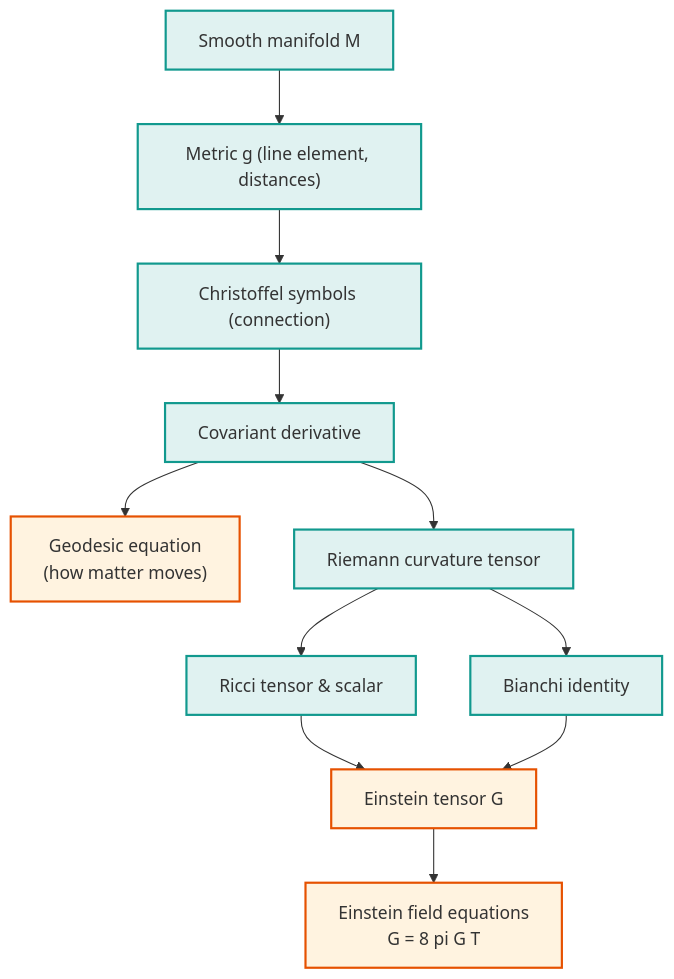
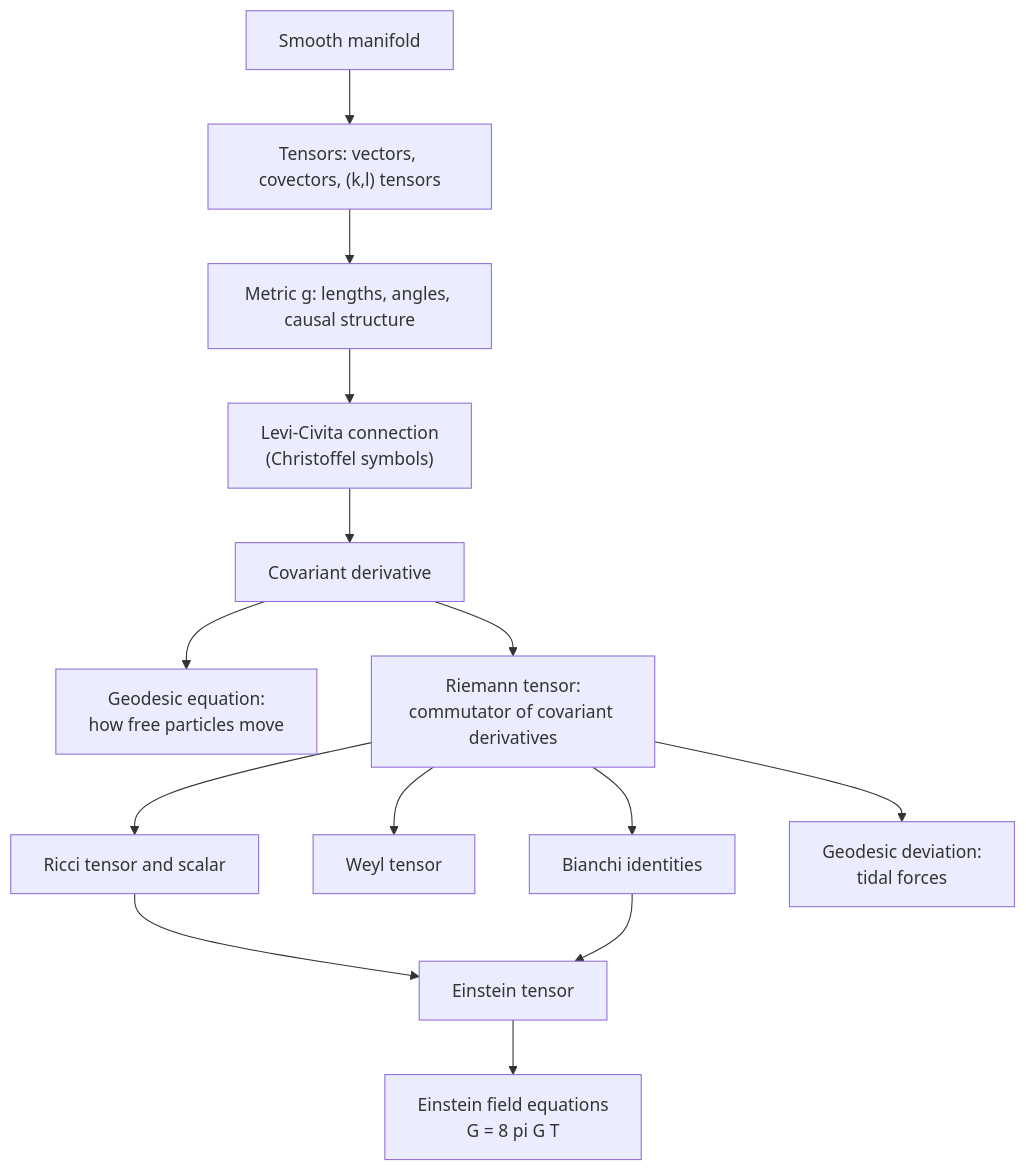
Before and after one commit to AndrewAltimit/Documentation: the diagram in github-pages/docs/physics/relativity/tensor-formalism.md, drawn with Mermaid. The commit also changed other lines of this file and 240 other files, not shown here.

````diff
--- a/github-pages/docs/physics/relativity/tensor-formalism.md
+++ b/github-pages/docs/physics/relativity/tensor-formalism.md
@@ -275,17 +24,16 @@
 ```mermaid
 graph TD
-    MAN["Smooth manifold M"] --> MET["Metric g (line element, distances)"]
-    MET --> CHR["Christoffel symbols (connection)"]
+    MAN["Smooth manifold"] --> TEN["Tensors: vectors, covectors, (k,l) tensors"]
+    TEN --> MET["Metric g: lengths, angles, causal structure"]
+    MET --> CHR["Levi-Civita connection<br/>(Christoffel symbols)"]
     CHR --> COV["Covariant derivative"]
-    COV --> GEO["Geodesic equation<br/>(how matter moves)"]
-    COV --> RIE["Riemann curvature tensor"]
-    RIE --> RIC["Ricci tensor & scalar"]
-    RIE --> BIA["Bianchi identity"]
-    RIC --> EIN["Einstein tensor G"]
+    COV --> GEO["Geodesic equation:<br/>how free particles move"]
+    COV --> RIE["Riemann tensor:<br/>commutator of covariant derivatives"]
+    RIE --> RIC["Ricci tensor and scalar"]
+    RIE --> WEY["Weyl tensor"]
+    RIE --> BIA["Bianchi identities"]
+    RIC --> EIN["Einstein tensor"]
     BIA --> EIN
     EIN --> EFE["Einstein field equations<br/>G = 8 pi G T"]
-    classDef geom fill:#e0f2f1,stroke:#11998e,stroke-width:2px;
-    classDef field fill:#fff3e0,stroke:#e65100,stroke-width:2px;
-    class MAN,MET,CHR,COV,RIE,RIC,BIA geom;
-    class GEO,EIN,EFE field;
+    RIE --> DEV["Geodesic deviation:<br/>tidal forces"]
 ```
````
